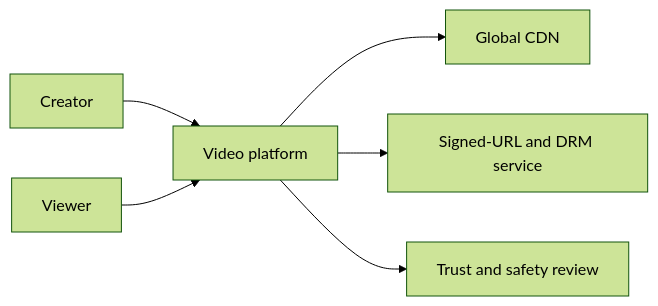
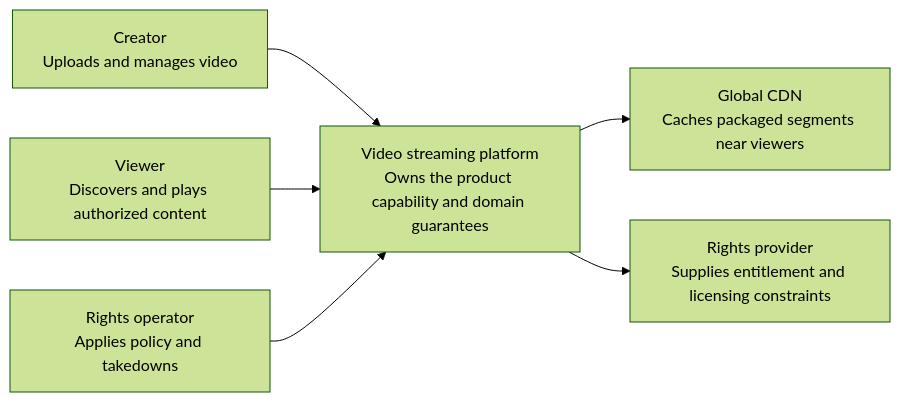
The first of 5 diagrams in content/system-design/12-video-streaming-platform.md (navaidya/learning), drawn with Mermaid (forest theme) before and after one commit. The commit also changed other lines of this file and 49 other files, not shown here.

Commit message:
content: complete system design deployment library

````diff
--- a/content/system-design/12-video-streaming-platform.md
+++ b/content/system-design/12-video-streaming-platform.md
@@ -34,10 +53,11 @@
 ```mermaid
 flowchart LR
-  accTitle: Video platform system context
-  accDescr: Creators upload and viewers watch through the platform, which depends on a CDN, DRM/token service, and trust and safety review.
-  Creator --> Platform[Video platform]
-  Viewer --> Platform
-  Platform --> CDN[Global CDN]
-  Platform --> DRM[Signed-URL and DRM service]
-  Platform --> Trust[Trust and safety review]
+  accTitle: Video streaming platform system context
+  accDescr: Human and system actors use Video streaming platform, which integrates with explicitly bounded external capabilities.
+  A1["Creator<br/>Uploads and manages video"] --> System
+  A2["Viewer<br/>Discovers and plays authorized content"] --> System
+  A3["Rights operator<br/>Applies policy and takedowns"] --> System
+  System["Video streaming platform<br/>Owns the product capability and domain guarantees"]
+  System --> E1["Global CDN<br/>Caches packaged segments near viewers"]
+  System --> E2["Rights provider<br/>Supplies entitlement and licensing constraints"]
 ```
````
